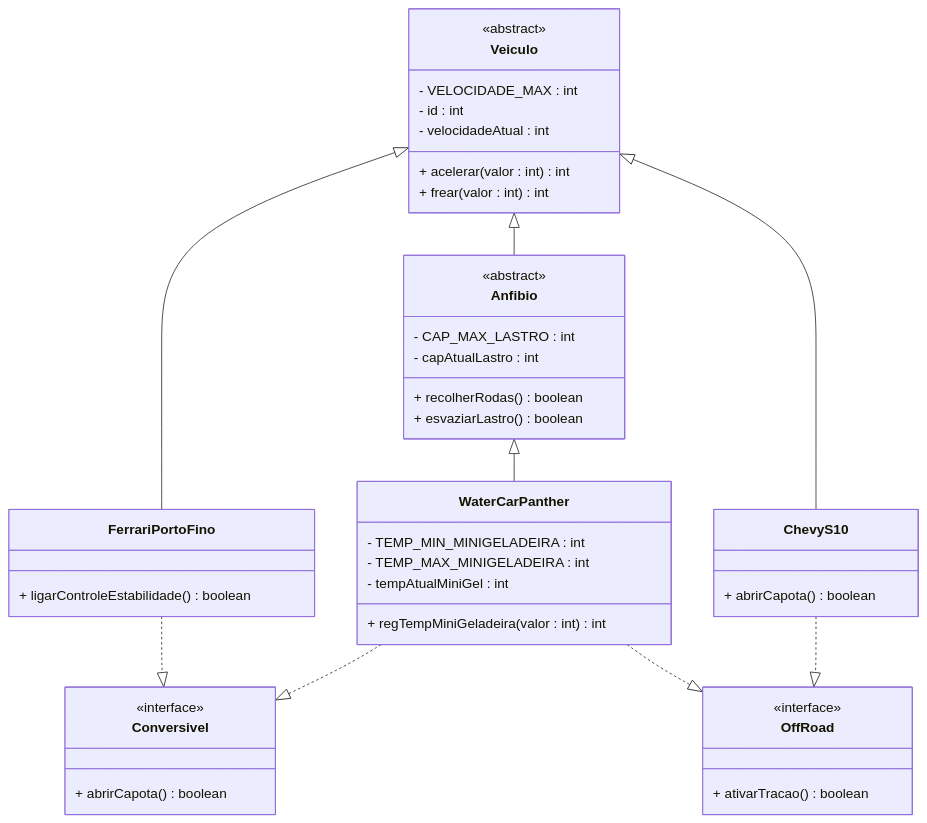
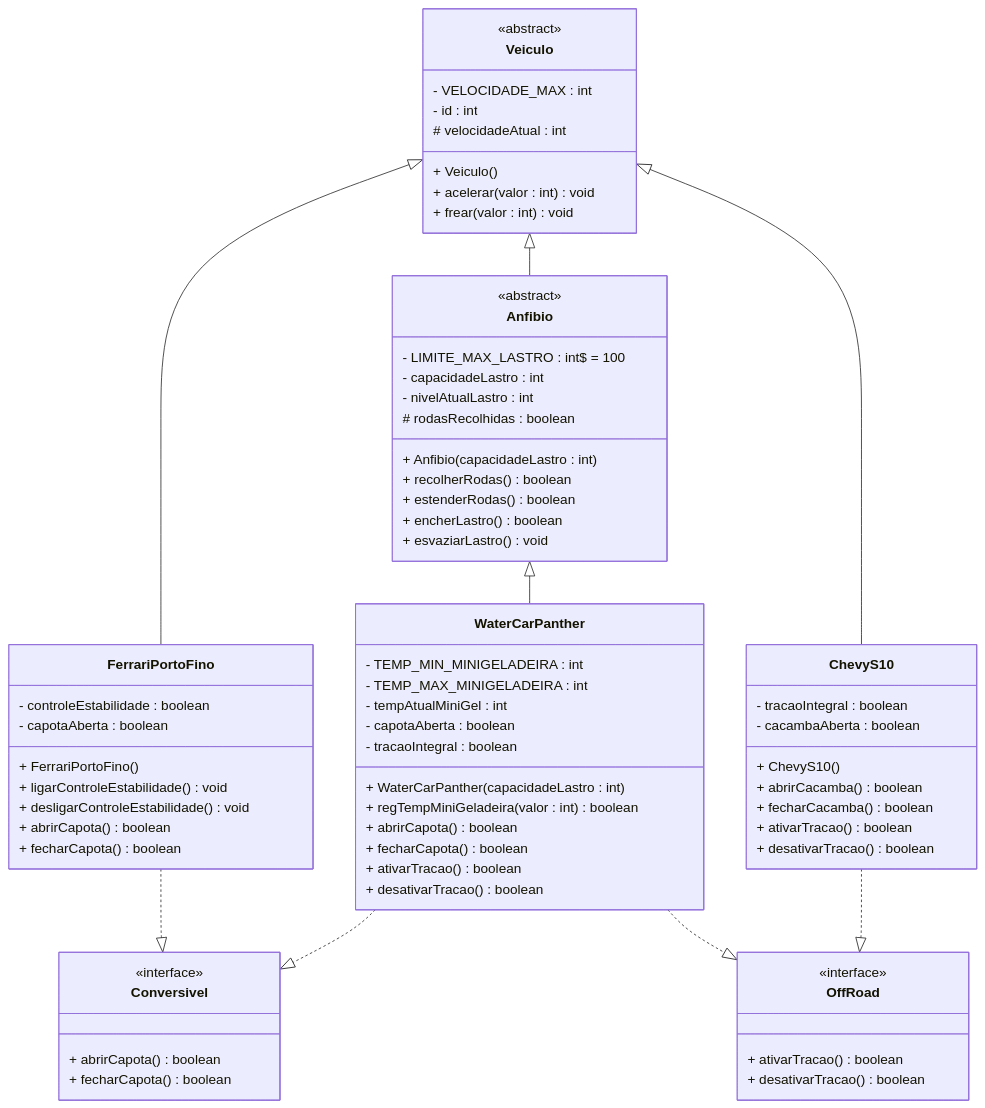
The diagram in laboratorios/lab-06/README.md (LuisEAbreu/poo), drawn with Mermaid before and after one commit.

Commit message:
Versão V2 do diagrama UML

````diff
--- a/laboratorios/lab-06/README.md
+++ b/laboratorios/lab-06/README.md
@@ -1,52 +1,79 @@
 ```mermaid
 classDiagram
     
     class Veiculo {
         <<abstract>>
         - VELOCIDADE_MAX : int
         - id : int
-        - velocidadeAtual : int
-        + acelerar(valor : int) int
-        + frear(valor : int) int
+        # velocidadeAtual : int
+        + Veiculo()
+        + acelerar(valor : int) void
+        + frear(valor : int) void
     }
 
     class Anfibio{
         <<abstract>>
-        - CAP_MAX_LASTRO : int
-        - capAtualLastro : int
+        - LIMITE_MAX_LASTRO : int$ = 100
+        - capacidadeLastro : int
+        - nivelAtualLastro : int
+        # rodasRecolhidas : boolean
+        + Anfibio(capacidadeLastro : int)
         + recolherRodas() boolean
-        + esvaziarLastro() boolean
+        + estenderRodas() boolean
+        + encherLastro() boolean
+        + esvaziarLastro() void
     }
     class Conversivel{
         <<interface>>
         + abrirCapota() boolean
+        + fecharCapota() boolean
     }
     class OffRoad{
         <<interface>>
         + ativarTracao() boolean
+        + desativarTracao() boolean
     }
-    
-    class FerrariPortoFino{
-        + ligarControleEstabilidade() boolean
+
+    class FerrariPortoFino {
+        - controleEstabilidade : boolean
+        - capotaAberta : boolean
+        + FerrariPortoFino()
+        + ligarControleEstabilidade() void
+        + desligarControleEstabilidade() void
+        + abrirCapota() boolean
+        + fecharCapota() boolean
     }
     class ChevyS10{
-        + abrirCapota() boolean
+        - tracaoIntegral : boolean
+        - cacambaAberta : boolean
+        + ChevyS10()
+        + abrirCacamba() boolean
+        + fecharCacamba() boolean
+        + ativarTracao() boolean
+        + desativarTracao() boolean
     }
     class WaterCarPanther{
         - TEMP_MIN_MINIGELADEIRA : int
         - TEMP_MAX_MINIGELADEIRA : int
         - tempAtualMiniGel : int
-        + regTempMiniGeladeira(valor : int) int
+        - capotaAberta : boolean
+        - tracaoIntegral : boolean
+        + WaterCarPanther(capacidadeLastro : int)
+        + regTempMiniGeladeira(valor : int) boolean
+        + abrirCapota() boolean
+        + fecharCapota() boolean
+        + ativarTracao() boolean
+        + desativarTracao() boolean
     }
     
     Veiculo <|-- Anfibio
     Veiculo <|-- FerrariPortoFino
     Veiculo <|-- ChevyS10
 
     Anfibio <|-- WaterCarPanther
     
     FerrariPortoFino ..|> Conversivel
     WaterCarPanther ..|> Conversivel
     WaterCarPanther ..|> OffRoad 
     ChevyS10 ..|> OffRoad
 ```
````
